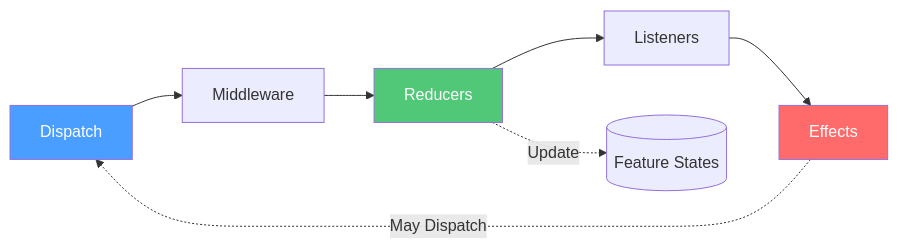
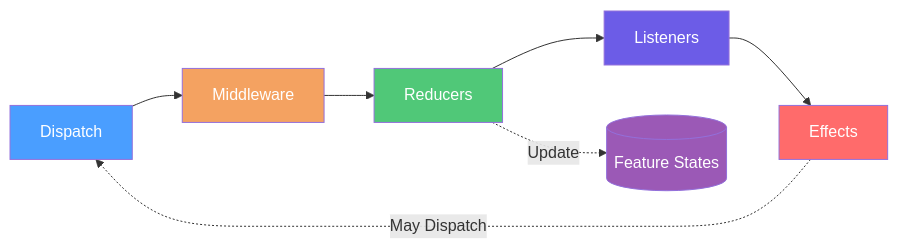
The diagram in docs/Docusaurus/docs/client-state-management/actions.md (Gibbs-Morris/mississippi), drawn with Mermaid before and after one commit. The commit also changed other lines of this file and 8 other files, not shown here.

````diff
--- a/docs/Docusaurus/docs/client-state-management/actions.md
+++ b/docs/Docusaurus/docs/client-state-management/actions.md
@@ -80,14 +82,17 @@
 ```mermaid
 flowchart LR
     D[Dispatch] --> M[Middleware]
     M --> R[Reducers]
     R --> L[Listeners]
     L --> E[Effects]
     
     R -.->|Update| S[(Feature States)]
     E -.->|May Dispatch| D
     
     style D fill:#4a9eff,color:#fff
+    style M fill:#f4a261,color:#fff
     style R fill:#50c878,color:#fff
+    style L fill:#6c5ce7,color:#fff
     style E fill:#ff6b6b,color:#fff
+    style S fill:#9b59b6,color:#fff
 ```
````
